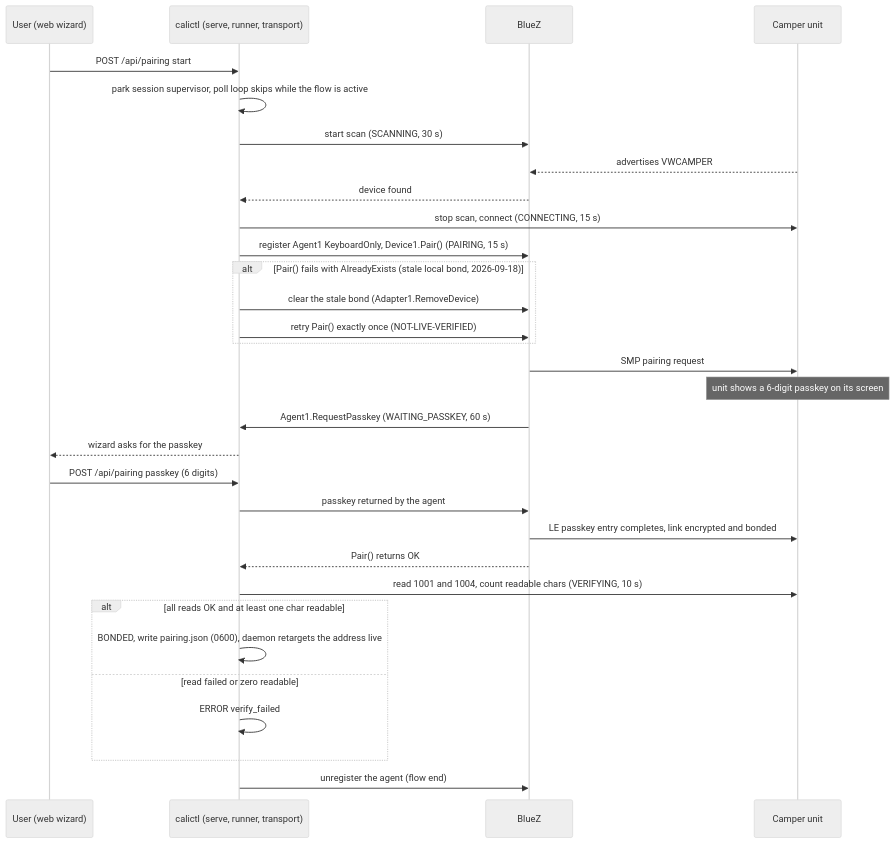
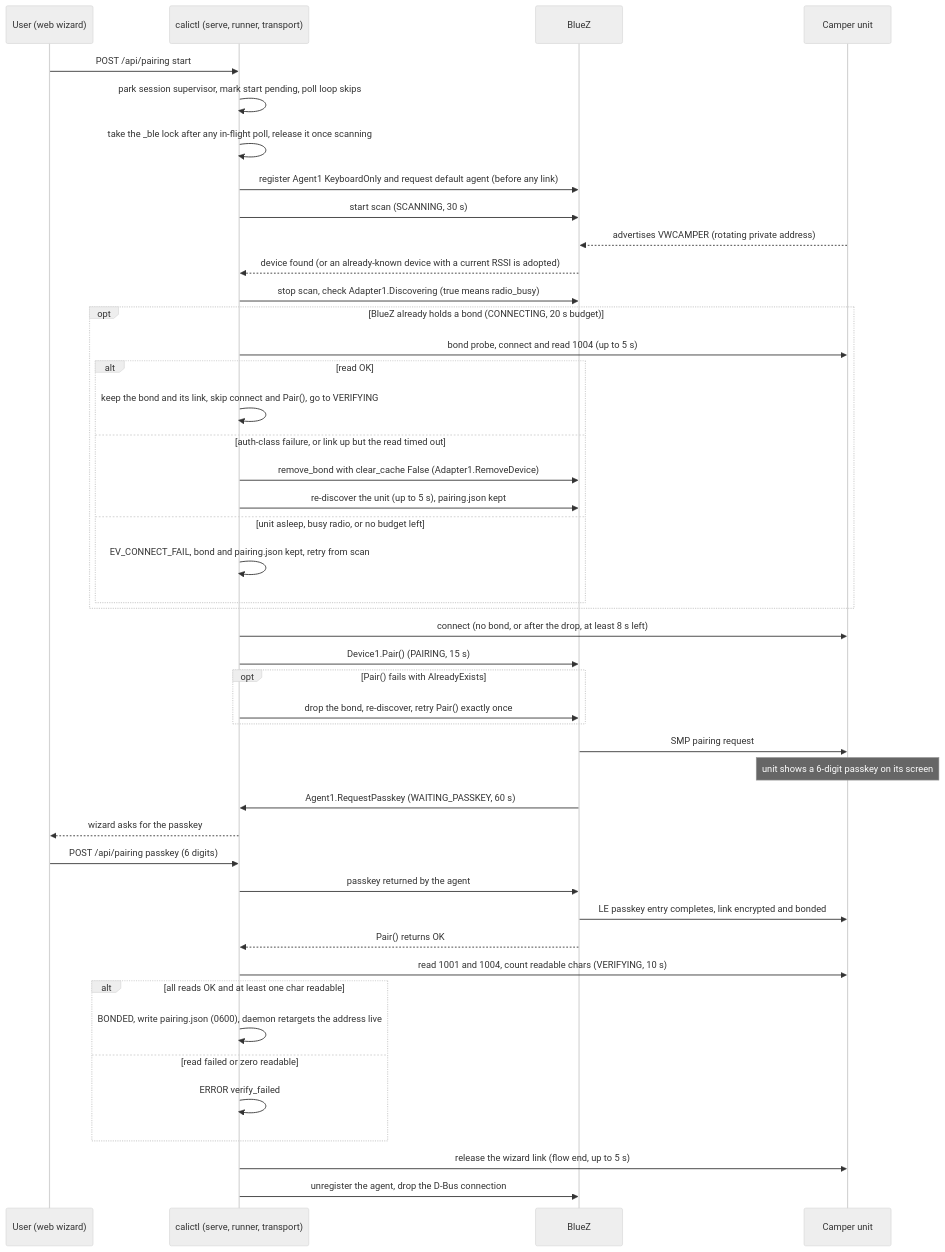
Before and after one commit to ckeller42/open-california: the second of 10 diagrams in docs/protocol-sequences.rst, drawn with Mermaid (neutral theme). The commit also changed other lines of this file and 17 other files, not shown here.

```diff
--- a/docs/protocol-sequences.rst
+++ b/docs/protocol-sequences.rst
@@ -183,33 +217,47 @@
 .. mermaid::
 
     sequenceDiagram
         participant W as User (web wizard)
         participant C as calictl (serve, runner, transport)
         participant B as BlueZ
         participant U as Camper unit
         W->>C: POST /api/pairing start
-        C->>C: park session supervisor, poll loop skips while the flow is active
+        C->>C: park session supervisor, mark start pending, poll loop skips
+        C->>C: take the _ble lock after any in-flight poll, release it once scanning
+        C->>B: register Agent1 KeyboardOnly and request default agent (before any link)
         C->>B: start scan (SCANNING, 30 s)
-        U-->>B: advertises VWCAMPER
-        B-->>C: device found
-        C->>U: stop scan, connect (CONNECTING, 15 s)
-        C->>B: register Agent1 KeyboardOnly, Device1.Pair() (PAIRING, 15 s)
-        alt Pair() fails with AlreadyExists (stale local bond, 2026-09-18)
-            C->>B: clear the stale bond (Adapter1.RemoveDevice)
-            C->>B: retry Pair() exactly once (NOT-LIVE-VERIFIED)
+        U-->>B: advertises VWCAMPER (rotating private address)
+        B-->>C: device found (or an already-known device with a current RSSI is adopted)
+        C->>B: stop scan, check Adapter1.Discovering (true means radio_busy)
+        opt BlueZ already holds a bond (CONNECTING, 20 s budget)
+            C->>U: bond probe, connect and read 1004 (up to 5 s)
+            alt read OK
+                C->>C: keep the bond and its link, skip connect and Pair(), go to VERIFYING
+            else auth-class failure, or link up but the read timed out
+                C->>B: remove_bond with clear_cache False (Adapter1.RemoveDevice)
+                C->>B: re-discover the unit (up to 5 s), pairing.json kept
+            else unit asleep, busy radio, or no budget left
+                C->>C: EV_CONNECT_FAIL, bond and pairing.json kept, retry from scan
+            end
+        end
+        C->>U: connect (no bond, or after the drop, at least 8 s left)
+        C->>B: Device1.Pair() (PAIRING, 15 s)
+        opt Pair() fails with AlreadyExists
+            C->>B: drop the bond, re-discover, retry Pair() exactly once
         end
         B->>U: SMP pairing request
         Note over U: unit shows a 6-digit passkey on its screen
         B->>C: Agent1.RequestPasskey (WAITING_PASSKEY, 60 s)
         C-->>W: wizard asks for the passkey
         W->>C: POST /api/pairing passkey (6 digits)
         C->>B: passkey returned by the agent
         B->>U: LE passkey entry completes, link encrypted and bonded
         B-->>C: Pair() returns OK
         C->>U: read 1001 and 1004, count readable chars (VERIFYING, 10 s)
         alt all reads OK and at least one char readable
             C->>C: BONDED, write pairing.json (0600), daemon retargets the address live
         else read failed or zero readable
             C->>C: ERROR verify_failed
         end
-        C->>B: unregister the agent (flow end)
+        C->>U: release the wizard link (flow end, up to 5 s)
+        C->>B: unregister the agent, drop the D-Bus connection
```
